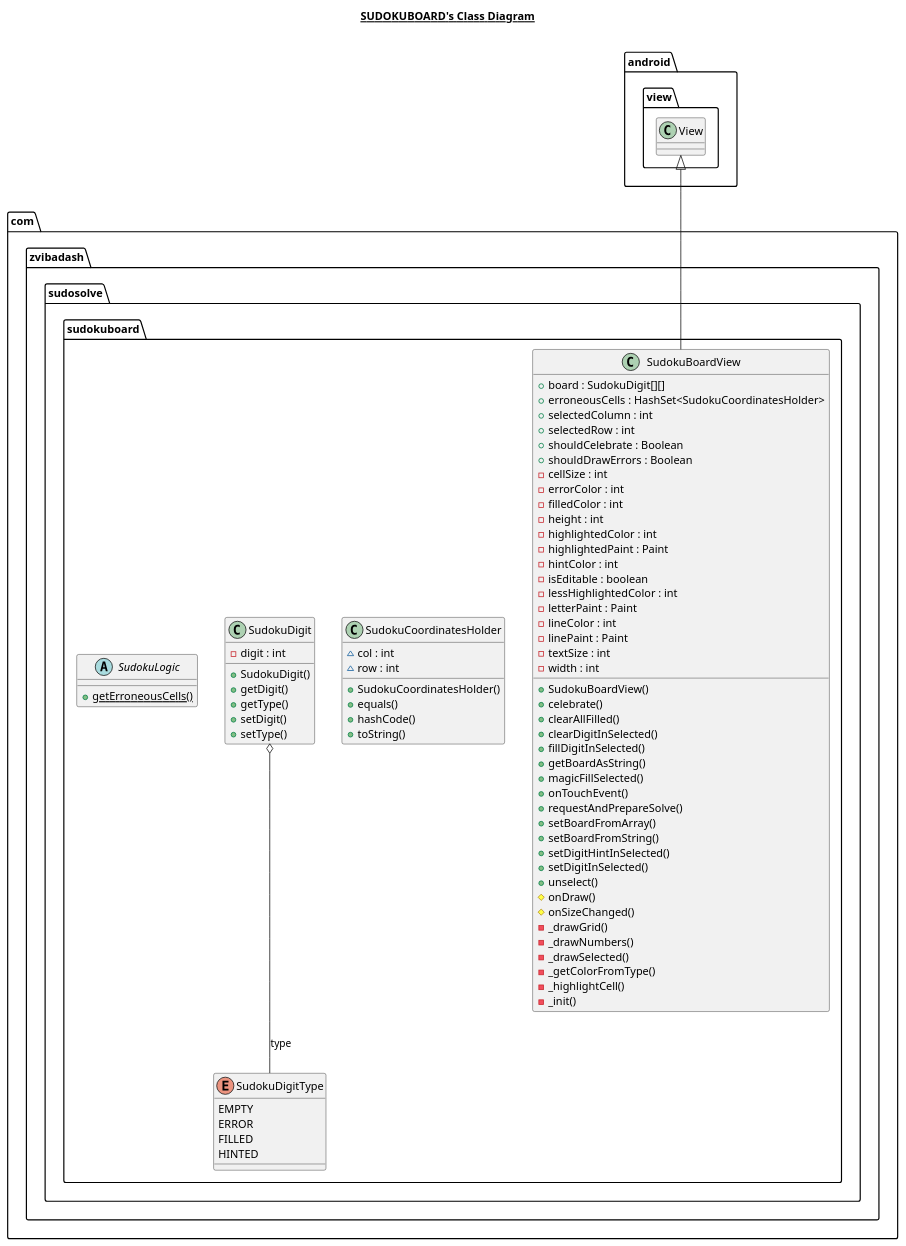
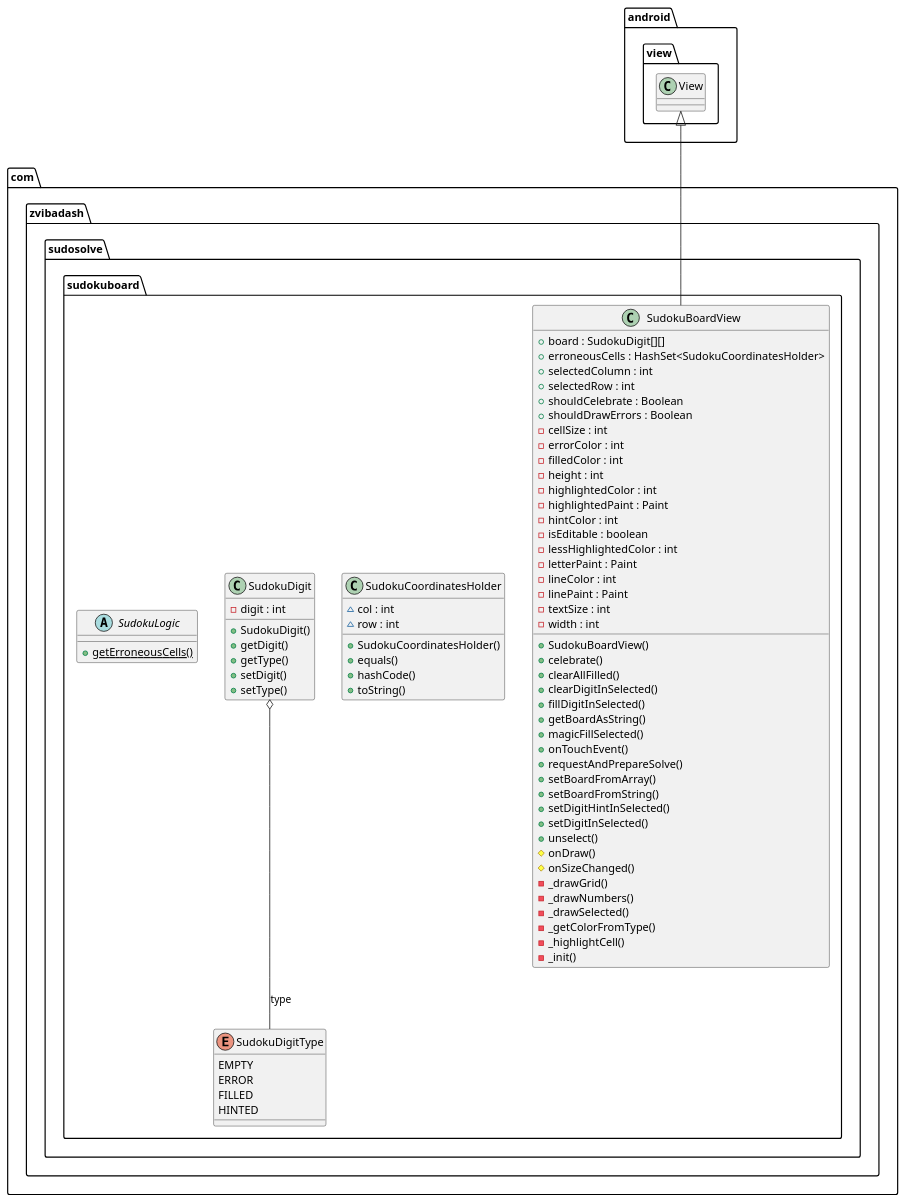
The diagram in app/src/main/java/com/zvibadash/sudosolve/sudokuboard/sudokuboard.plantuml (Zvi-Badash/Sudo-Solve), drawn with PlantUML before and after one commit. The commit also changed 6 other files, not shown here.

```diff
--- a/app/src/main/java/com/zvibadash/sudosolve/sudokuboard/sudokuboard.plantuml
+++ b/app/src/main/java/com/zvibadash/sudosolve/sudokuboard/sudokuboard.plantuml
@@ -1,107 +1,104 @@
 @startuml
-
-title __SUDOKUBOARD's Class Diagram__\n
-
   namespace com.zvibadash.sudosolve {
     namespace sudokuboard {
       class com.zvibadash.sudosolve.sudokuboard.SudokuBoardView {
           + board : SudokuDigit[][]
           + erroneousCells : HashSet<SudokuCoordinatesHolder>
           + selectedColumn : int
           + selectedRow : int
           + shouldCelebrate : Boolean
           + shouldDrawErrors : Boolean
           - cellSize : int
           - errorColor : int
           - filledColor : int
           - height : int
           - highlightedColor : int
           - highlightedPaint : Paint
           - hintColor : int
           - isEditable : boolean
           - lessHighlightedColor : int
           - letterPaint : Paint
           - lineColor : int
           - linePaint : Paint
           - textSize : int
           - width : int
           + SudokuBoardView()
           + celebrate()
           + clearAllFilled()
           + clearDigitInSelected()
           + fillDigitInSelected()
           + getBoardAsString()
           + magicFillSelected()
           + onTouchEvent()
           + requestAndPrepareSolve()
           + setBoardFromArray()
           + setBoardFromString()
           + setDigitHintInSelected()
           + setDigitInSelected()
           + unselect()
           # onDraw()
           # onSizeChanged()
           - _drawGrid()
           - _drawNumbers()
           - _drawSelected()
           - _getColorFromType()
           - _highlightCell()
           - _init()
       }
     }
   }
   
 
   namespace com.zvibadash.sudosolve {
     namespace sudokuboard {
       class com.zvibadash.sudosolve.sudokuboard.SudokuCoordinatesHolder {
           ~ col : int
           ~ row : int
           + SudokuCoordinatesHolder()
           + equals()
           + hashCode()
           + toString()
       }
     }
   }
   
 
   namespace com.zvibadash.sudosolve {
     namespace sudokuboard {
       class com.zvibadash.sudosolve.sudokuboard.SudokuDigit {
           - digit : int
           + SudokuDigit()
           + getDigit()
           + getType()
           + setDigit()
           + setType()
       }
     }
   }
   
 
   namespace com.zvibadash.sudosolve {
     namespace sudokuboard {
       enum SudokuDigitType {
         EMPTY
         ERROR
         FILLED
         HINTED
       }
     }
   }
   
 
   namespace com.zvibadash.sudosolve {
     namespace sudokuboard {
       abstract class com.zvibadash.sudosolve.sudokuboard.SudokuLogic {
           {static} + getErroneousCells()
       }
     }
   }
   
 
   com.zvibadash.sudosolve.sudokuboard.SudokuBoardView -up-|> android.view.View
   com.zvibadash.sudosolve.sudokuboard.SudokuDigit o-- com.zvibadash.sudosolve.sudokuboard.SudokuDigitType : type
 
 @enduml
```
